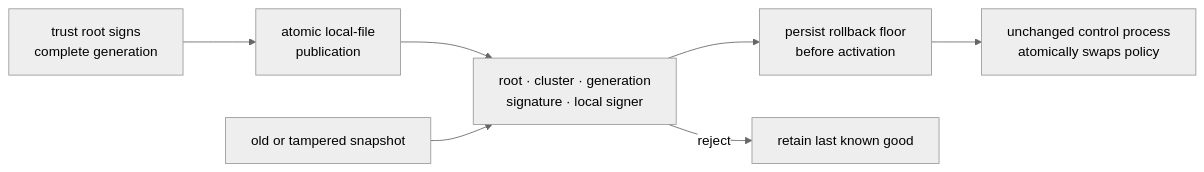
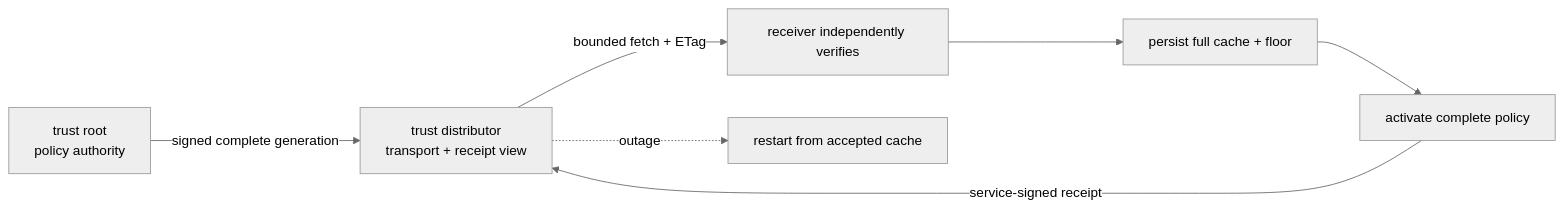
Before and after one commit to conan505/inferLab: the diagram in README.md, drawn with Mermaid (neutral theme). The commit also changed other lines of this file and 58 other files, not shown here.

Commit message:
v0.23 distributed signed service trust

````diff
--- a/README.md
+++ b/README.md
@@ -14,9 +14,9 @@
 ```mermaid
 flowchart LR
-    Root["trust root signs<br/>complete generation"] --> Publish["atomic local-file<br/>publication"]
-    Publish --> Verify["root · cluster · generation<br/>signature · local signer"]
-    Verify --> Persist["persist rollback floor<br/>before activation"]
-    Persist --> Swap["unchanged control process<br/>atomically swaps policy"]
-    Bad["old or tampered snapshot"] --> Verify
-    Verify -->|"reject"| LKG["retain last known good"]
+    Root["trust root<br/>policy authority"] -->|"signed complete generation"| D["trust distributor<br/>transport + receipt view"]
+    D -->|"bounded fetch + ETag"| Verify["receiver independently verifies"]
+    Verify --> Persist["persist full cache + floor"]
+    Persist --> Activate["activate complete policy"]
+    Activate -->|"service-signed receipt"| D
+    D -. "outage" .-> Cache["restart from accepted cache"]
 ```
````
